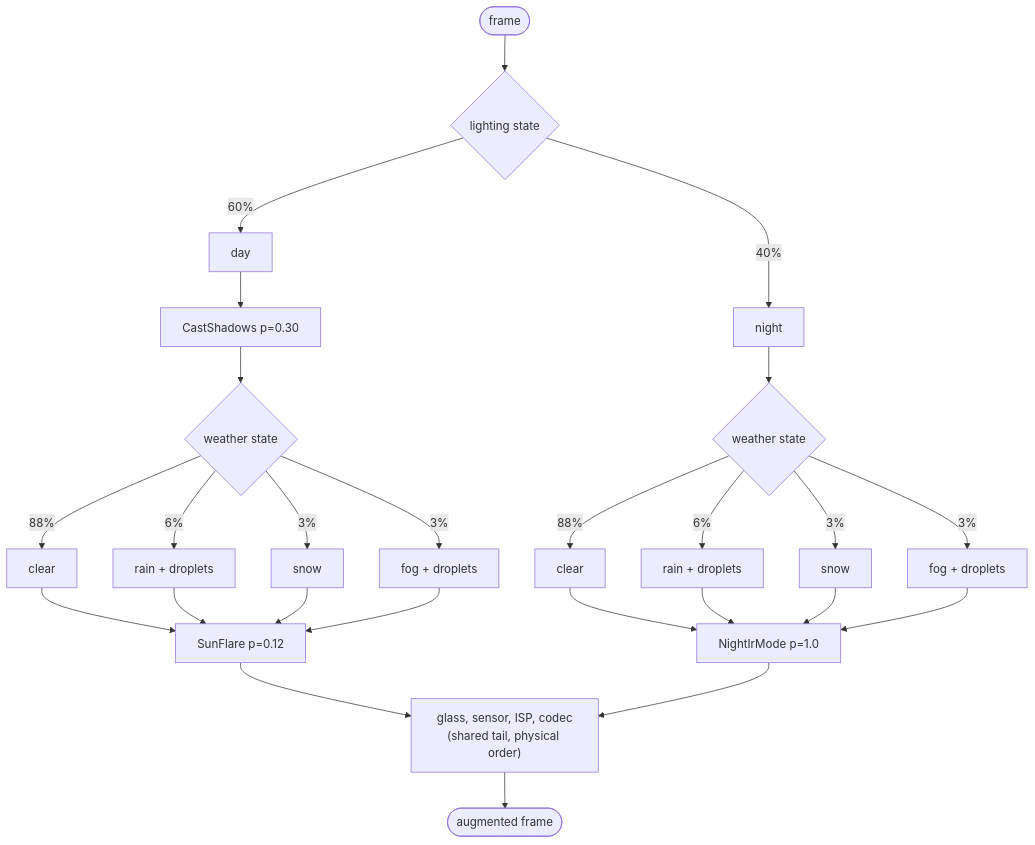
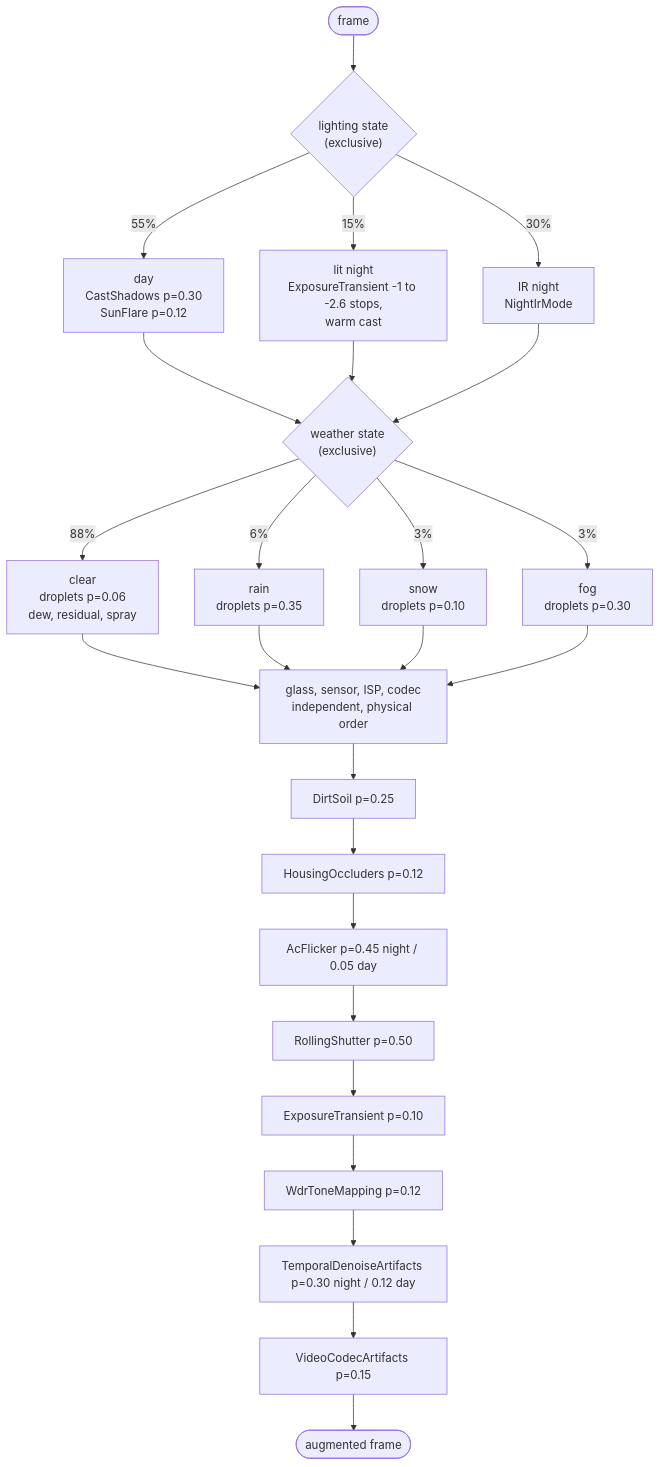
The diagram in docs/pipelines.md (desmoteo/surmentations), drawn with Mermaid before and after one commit. The commit also changed other lines of this file and 1 other file, not shown here.

````diff
--- a/docs/pipelines.md
+++ b/docs/pipelines.md
@@ -44,28 +53,27 @@
 ```mermaid
 flowchart TD
-    START([frame]) --> LIGHT{lighting state}
-    LIGHT -->|60%| DAY["day"]
-    LIGHT -->|40%| NIGHT["night"]
-    DAY --> CS["CastShadows p=0.30"]
-    CS --> W1{weather state}
-    NIGHT --> W2{weather state}
-    W1 -->|88%| CLEAR1["clear"]
-    W1 -->|6%| RAIN1["rain + droplets"]
-    W1 -->|3%| SNOW1["snow"]
-    W1 -->|3%| FOG1["fog + droplets"]
-    W2 -->|88%| CLEAR2["clear"]
-    W2 -->|6%| RAIN2["rain + droplets"]
-    W2 -->|3%| SNOW2["snow"]
-    W2 -->|3%| FOG2["fog + droplets"]
-    CLEAR1 --> SF["SunFlare p=0.12"]
-    RAIN1 --> SF
-    SNOW1 --> SF
-    FOG1 --> SF
-    SF --> TAIL
-    CLEAR2 --> IR["NightIrMode p=1.0"]
-    RAIN2 --> IR
-    SNOW2 --> IR
-    FOG2 --> IR
-    IR --> TAIL["glass, sensor, ISP, codec<br/>(shared tail, physical order)"]
-    TAIL --> OUT([augmented frame])
+    START([frame]) --> LIGHT{"lighting state<br/>(exclusive)"}
+    LIGHT -->|55%| DAY["day<br/>CastShadows p=0.30<br/>SunFlare p=0.12"]
+    LIGHT -->|15%| LIT["lit night<br/>ExposureTransient -1 to -2.6 stops,<br/>warm cast"]
+    LIGHT -->|30%| IR["IR night<br/>NightIrMode"]
+    DAY --> W{"weather state<br/>(exclusive)"}
+    LIT --> W
+    IR --> W
+    W -->|88%| CLEAR["clear<br/>droplets p=0.06<br/>dew, residual, spray"]
+    W -->|6%| RAIN["rain<br/>droplets p=0.35"]
+    W -->|3%| SNOW["snow<br/>droplets p=0.10"]
+    W -->|3%| FOG["fog<br/>droplets p=0.30"]
+    CLEAR --> TAIL
+    RAIN --> TAIL
+    SNOW --> TAIL
+    FOG --> TAIL
+    TAIL["glass, sensor, ISP, codec<br/>independent, physical order"] --> T1["DirtSoil p=0.25"]
+    T1 --> T2["HousingOccluders p=0.12"]
+    T2 --> T3["AcFlicker p=0.45 night / 0.05 day"]
+    T3 --> T4["RollingShutter p=0.50"]
+    T4 --> T5["ExposureTransient p=0.10"]
+    T5 --> T6["WdrToneMapping p=0.12"]
+    T6 --> T7["TemporalDenoiseArtifacts p=0.30 night / 0.12 day"]
+    T7 --> T8["VideoCodecArtifacts p=0.15"]
+    T8 --> OUT([augmented frame])
 ```
````
